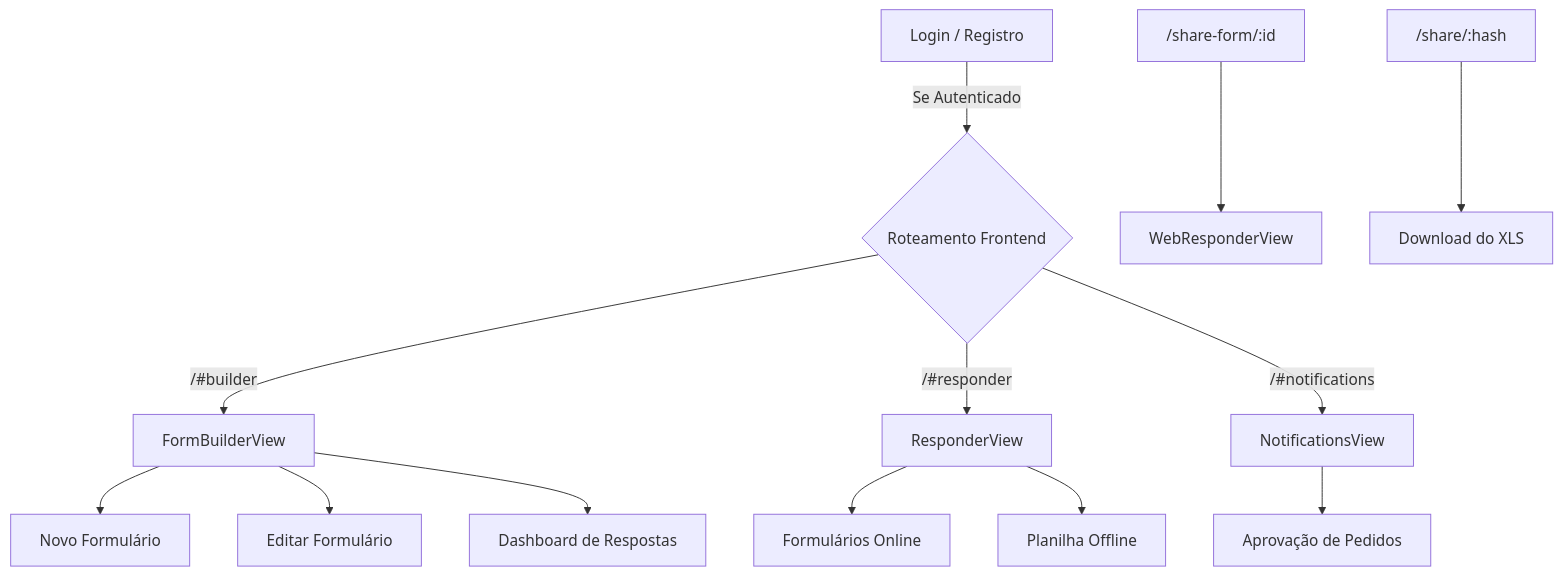
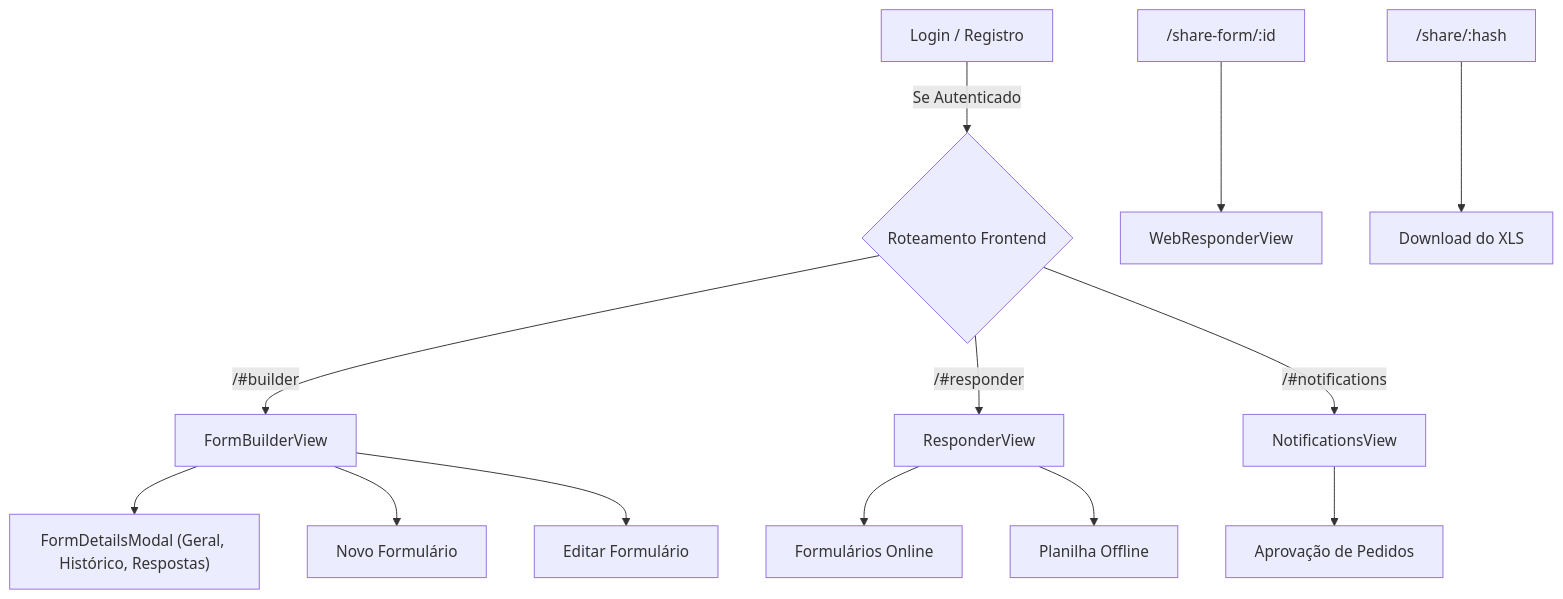
The fourth of 5 diagrams in respostas_projeto_extensao.md (Vlade908/XLS_FUSION), drawn with Mermaid before and after one commit. The commit also changed other lines of this file, not shown here.

````diff
--- a/respostas_projeto_extensao.md
+++ b/respostas_projeto_extensao.md
@@ -265,19 +266,19 @@
 ```mermaid
 graph TD
     AuthView["Login / Registro"] -->|Se Autenticado| AppRouting{"Roteamento Frontend"}
     
     AppRouting -->|/#builder| FormBuilder["FormBuilderView"]
+    FormBuilder --> DetailsModal["FormDetailsModal (Geral, Histórico, Respostas)"]
     FormBuilder --> NewForm["Novo Formulário"]
     FormBuilder --> EditForm["Editar Formulário"]
-    FormBuilder --> DashResp["Dashboard de Respostas"]
     
     AppRouting -->|/#responder| Responder["ResponderView"]
     Responder --> Online["Formulários Online"]
     Responder --> Offline["Planilha Offline"]
     
     AppRouting -->|/#notifications| Notifications["NotificationsView"]
     Notifications --> ApproveAccess["Aprovação de Pedidos"]
     
     ShareForm["/share-form/:id"] --> WebResponder["WebResponderView"]
     ShareSpreadsheet["/share/:hash"] --> Download["Download do XLS"]
 ```
````
